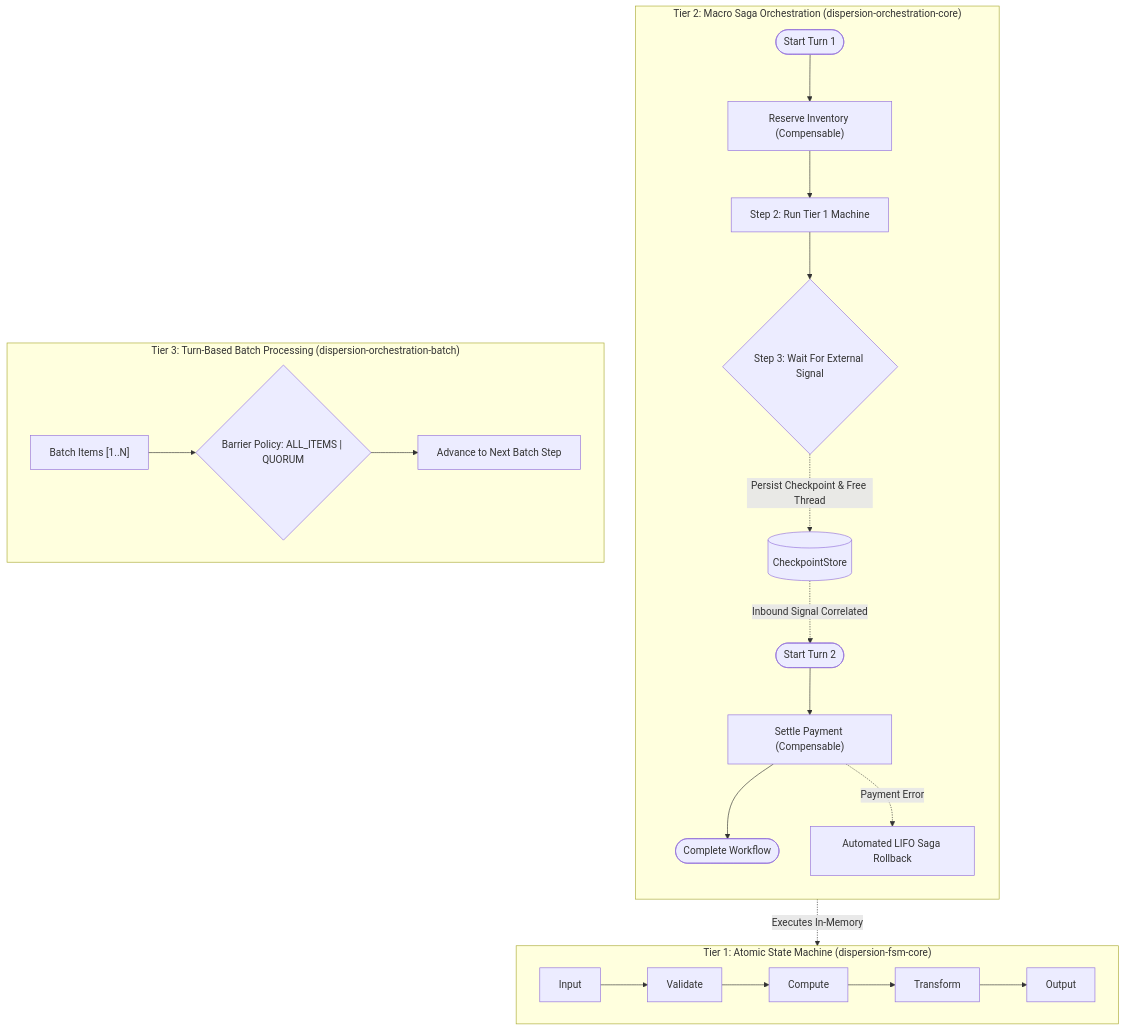
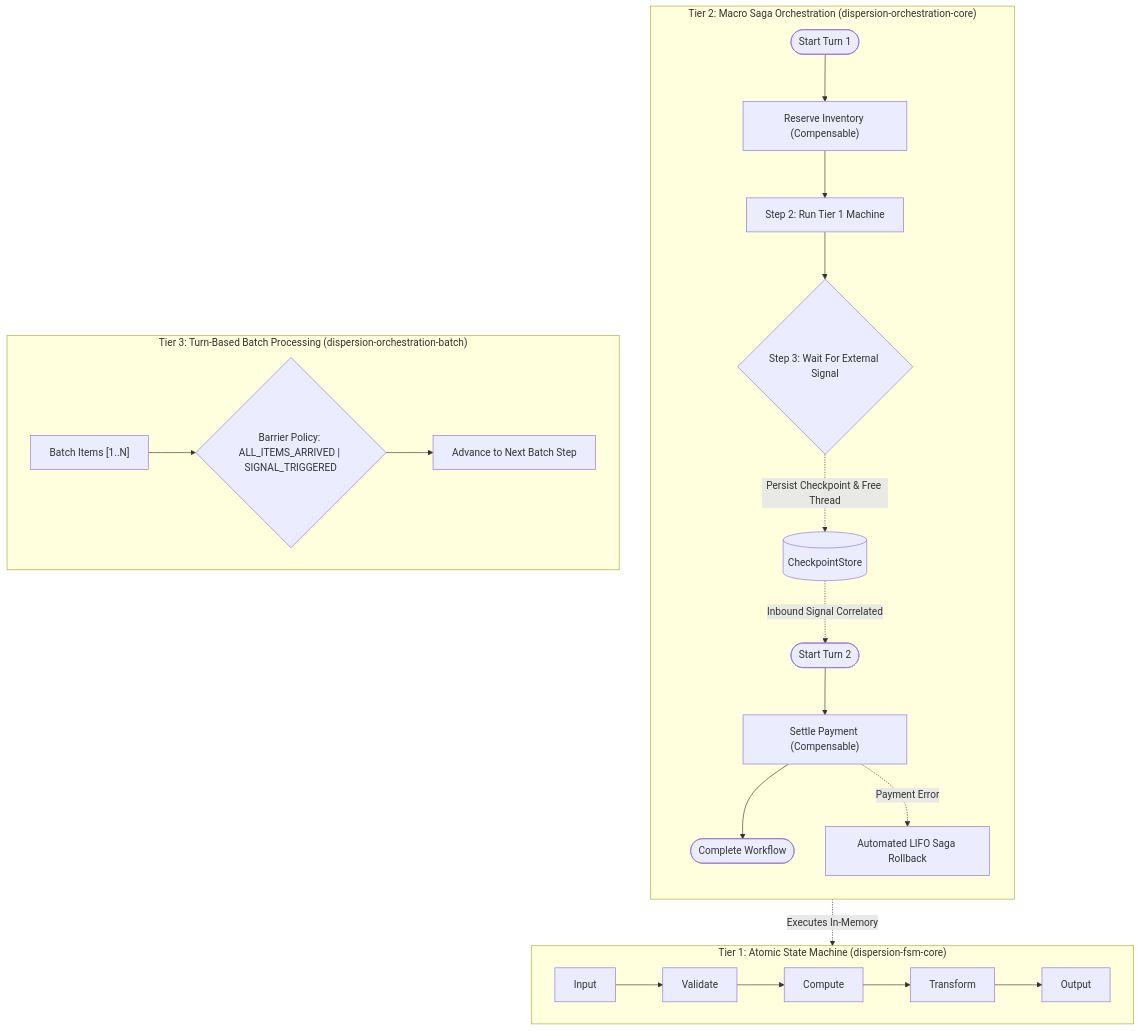
The second of 2 diagrams in docs/architecture-and-design.md (f442y/dispersion), drawn with Mermaid before and after one commit. The commit also changed other lines of this file and 16 other files, not shown here.

````diff
--- a/docs/architecture-and-design.md
+++ b/docs/architecture-and-design.md
@@ -106,28 +131,28 @@
 ```mermaid
 graph TB
     subgraph Tier1["Tier 1: Atomic State Machine (dispersion-fsm-core)"]
         direction LR
         A_IN["Input"] --> A_S1["Validate"] --> A_S2["Compute"] --> A_S3["Transform"] --> A_OUT["Output"]
     end
 
     subgraph Tier2["Tier 2: Macro Saga Orchestration (dispersion-orchestration-core)"]
         direction TB
         O_START(["Start Turn 1"]) --> O_STEP1["Reserve Inventory (Compensable)"]
         O_STEP1 --> O_EMBED["Step 2: Run Tier 1 Machine"]
         O_EMBED --> O_SUSPEND{"Step 3: Wait For External Signal"}
         O_SUSPEND -.->|"Persist Checkpoint & Free Thread"| CP[("CheckpointStore")]
         CP -.->|"Inbound Signal Correlated"| O_RESUME(["Start Turn 2"])
         O_RESUME --> O_STEP4["Settle Payment (Compensable)"]
         O_STEP4 --> O_END(["Complete Workflow"])
 
         O_STEP4 -.->|"Payment Error"| O_ROLLBACK["Automated LIFO Saga Rollback"]
     end
 
     subgraph Tier3["Tier 3: Turn-Based Batch Processing (dispersion-orchestration-batch)"]
         direction LR
-        B_ITEMS["Batch Items [1..N]"] --> B_BARRIER{"Barrier Policy: ALL_ITEMS | QUORUM"}
+        B_ITEMS["Batch Items [1..N]"] --> B_BARRIER{"Barrier Policy: ALL_ITEMS_ARRIVED | SIGNAL_TRIGGERED"}
         B_BARRIER --> B_ADVANCE["Advance to Next Batch Step"]
     end
 
     O_EMBED -.->|"Executes In-Memory"| Tier1
 ```
````
